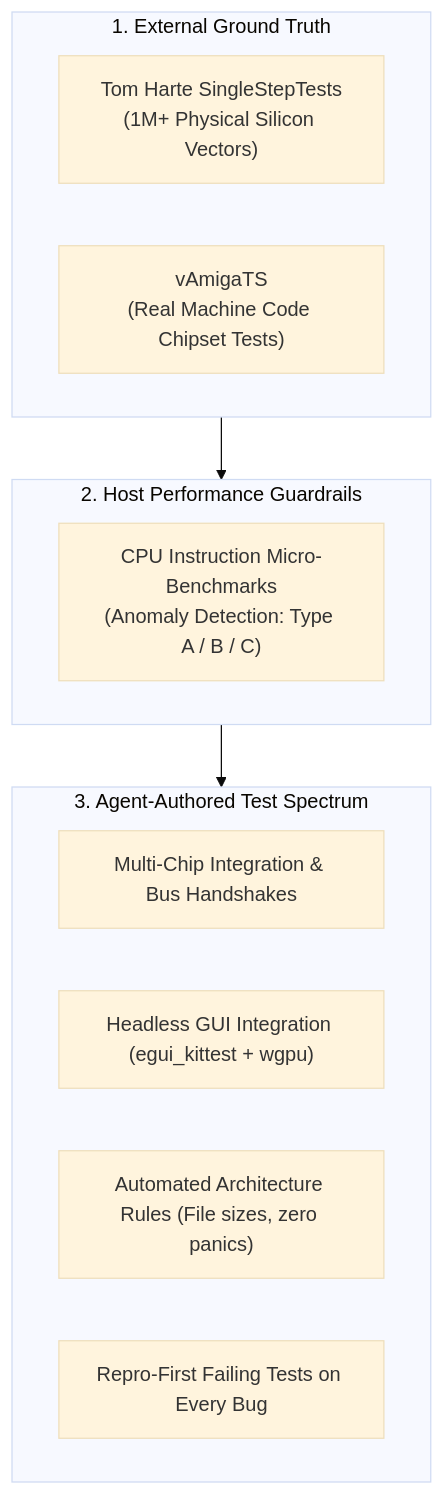
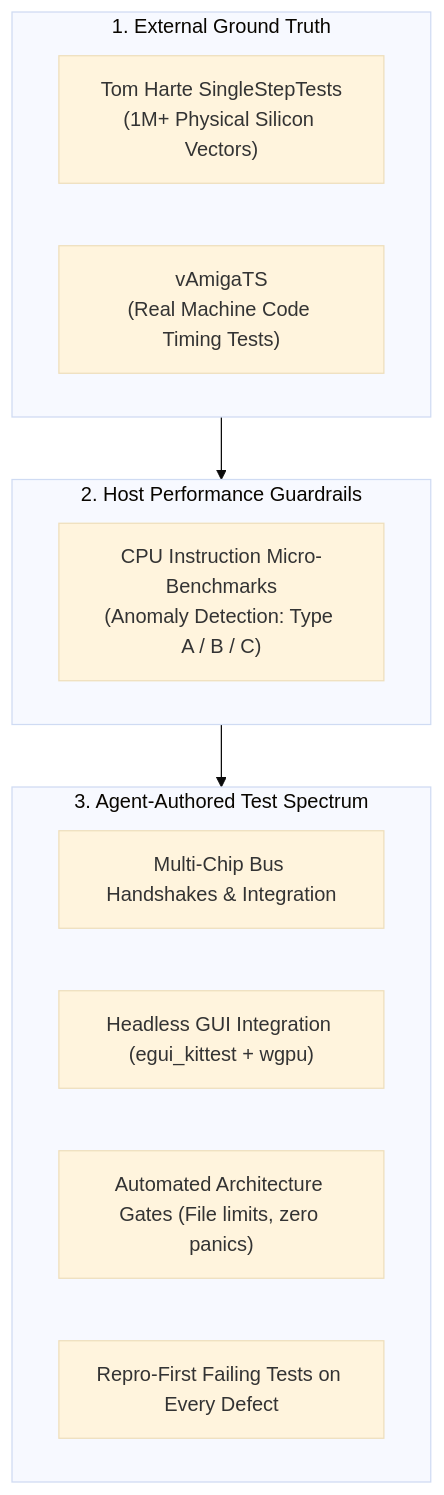
The second of 2 diagrams in docs/how_this_emulator_was_written.md (tomek-anuszkiewicz/amiga-studio), drawn with Mermaid (base theme) before and after one commit. The commit also changed other lines of this file and 1 other file, not shown here.

````diff
--- a/docs/how_this_emulator_was_written.md
+++ b/docs/how_this_emulator_was_written.md
@@ -64,17 +54,17 @@
 ```mermaid
 flowchart TD
     subgraph External["1. External Ground Truth"]
         A["Tom Harte SingleStepTests\n(1M+ Physical Silicon Vectors)"]
-        B["vAmigaTS\n(Real Machine Code Chipset Tests)"]
+        B["vAmigaTS\n(Real Machine Code Timing Tests)"]
     end
     subgraph HostPerf["2. Host Performance Guardrails"]
         C["CPU Instruction Micro-Benchmarks\n(Anomaly Detection: Type A / B / C)"]
     end
     subgraph AutoHarness["3. Agent-Authored Test Spectrum"]
-        D["Multi-Chip Integration & Bus Handshakes"]
+        D["Multi-Chip Bus Handshakes & Integration"]
         E["Headless GUI Integration (egui_kittest + wgpu)"]
-        F["Automated Architecture Rules (File sizes, zero panics)"]
-        G["Repro-First Failing Tests on Every Bug"]
+        F["Automated Architecture Gates (File limits, zero panics)"]
+        G["Repro-First Failing Tests on Every Defect"]
     end
     External --> HostPerf --> AutoHarness
 ```
````
